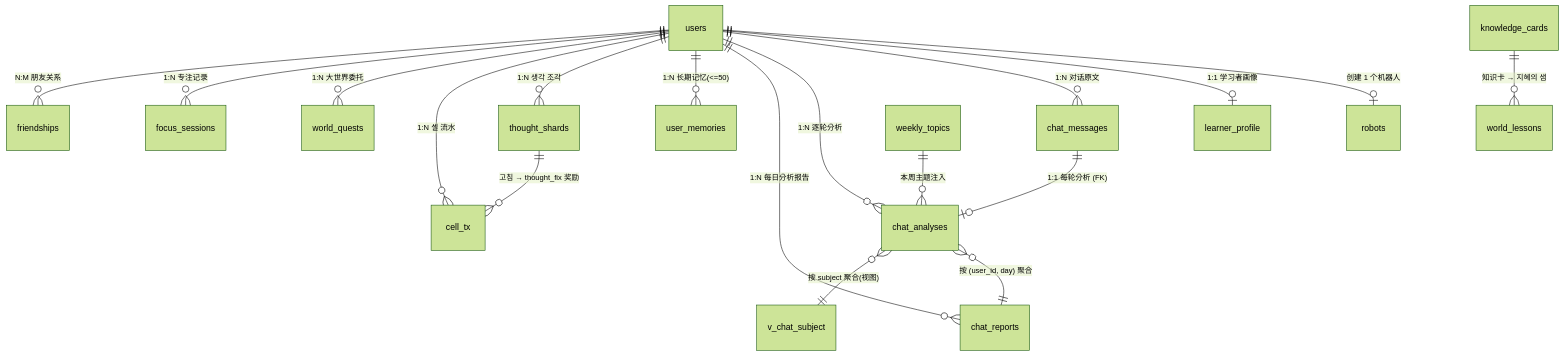
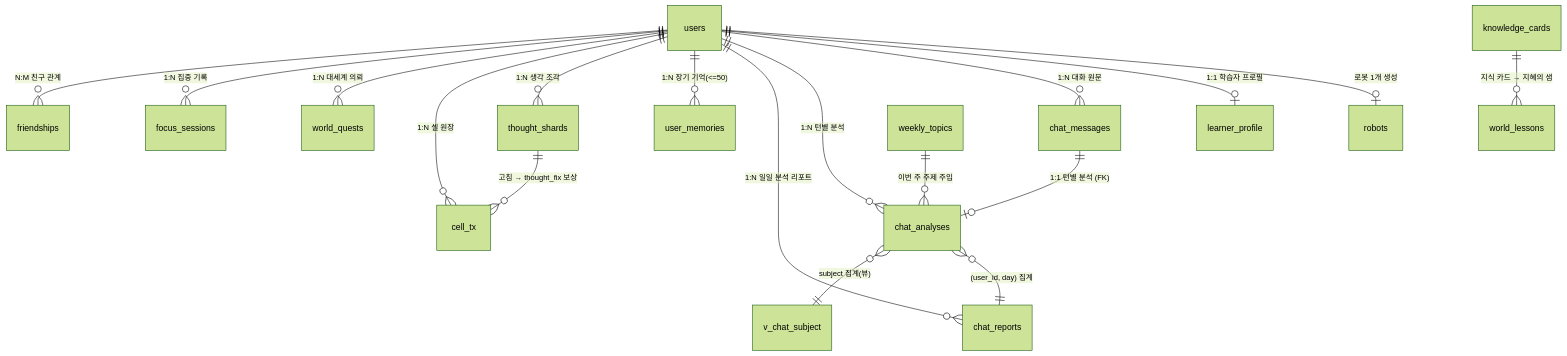
The diagram in docs/데이터베이스-설계-전체-20261109.md (lmm0125-art/roomi), drawn with Mermaid (forest theme) before and after one commit. The commit also changed other lines of this file and 1 other file, not shown here.

````diff
--- a/docs/데이터베이스-설계-전체-20261109.md
+++ b/docs/데이터베이스-설계-전체-20261109.md
@@ -40,20 +40,20 @@
 ```mermaid
 erDiagram
-    users ||--o| robots : "创建 1 个机器人"
-    users ||--o| learner_profile : "1:1 学习者画像"
-    users ||--o{ chat_messages : "1:N 对话原文"
-    users ||--o{ chat_analyses : "1:N 逐轮分析"
-    users ||--o{ chat_reports : "1:N 每日分析报告"
-    users ||--o{ user_memories : "1:N 长期记忆(<=50)"
+    users ||--o| robots : "로봇 1개 생성"
+    users ||--o| learner_profile : "1:1 학습자 프로필"
+    users ||--o{ chat_messages : "1:N 대화 원문"
+    users ||--o{ chat_analyses : "1:N 턴별 분석"
+    users ||--o{ chat_reports : "1:N 일일 분석 리포트"
+    users ||--o{ user_memories : "1:N 장기 기억(<=50)"
     users ||--o{ thought_shards : "1:N 생각 조각"
-    users ||--o{ cell_tx : "1:N 셀 流水"
-    users ||--o{ world_quests : "1:N 大世界委托"
-    users ||--o{ focus_sessions : "1:N 专注记录"
-    users ||--o{ friendships : "N:M 朋友关系"
-    chat_messages ||--o| chat_analyses : "1:1 每轮分析 (FK)"
-    chat_analyses }o--|| chat_reports : "按 (user_id, day) 聚合"
-    chat_analyses }o--|| v_chat_subject : "按 subject 聚合(视图)"
-    weekly_topics ||--o{ chat_analyses : "本周主题注入"
-    thought_shards ||--o{ cell_tx : "고침 → thought_fix 奖励"
-    knowledge_cards ||--o{ world_lessons : "知识卡 → 지혜의 샘"
+    users ||--o{ cell_tx : "1:N 셀 원장"
+    users ||--o{ world_quests : "1:N 대세계 의뢰"
+    users ||--o{ focus_sessions : "1:N 집중 기록"
+    users ||--o{ friendships : "N:M 친구 관계"
+    chat_messages ||--o| chat_analyses : "1:1 턴별 분석 (FK)"
+    chat_analyses }o--|| chat_reports : "(user_id, day) 집계"
+    chat_analyses }o--|| v_chat_subject : "subject 집계(뷰)"
+    weekly_topics ||--o{ chat_analyses : "이번 주 주제 주입"
+    thought_shards ||--o{ cell_tx : "고침 → thought_fix 보상"
+    knowledge_cards ||--o{ world_lessons : "지식 카드 → 지혜의 샘"
 ```
````
